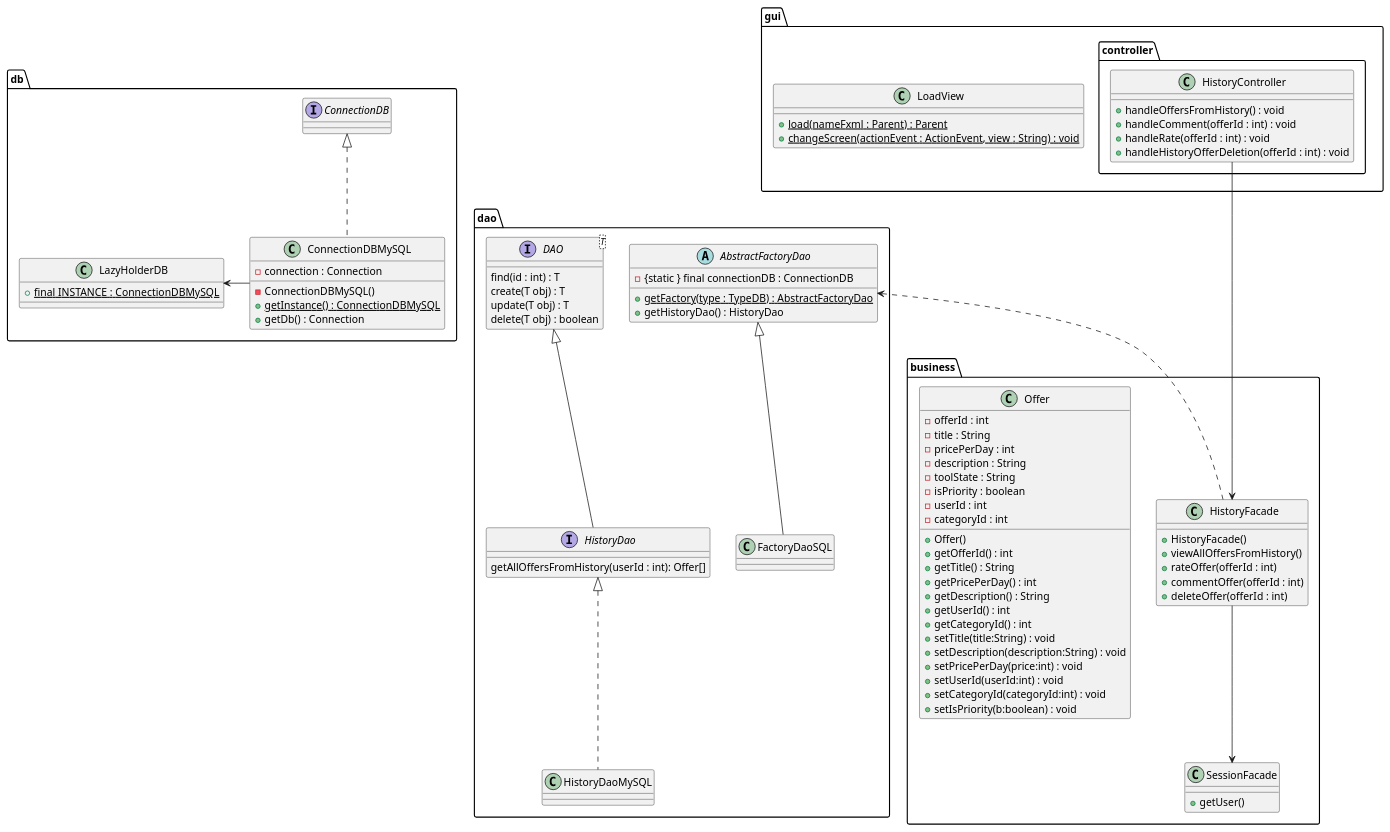
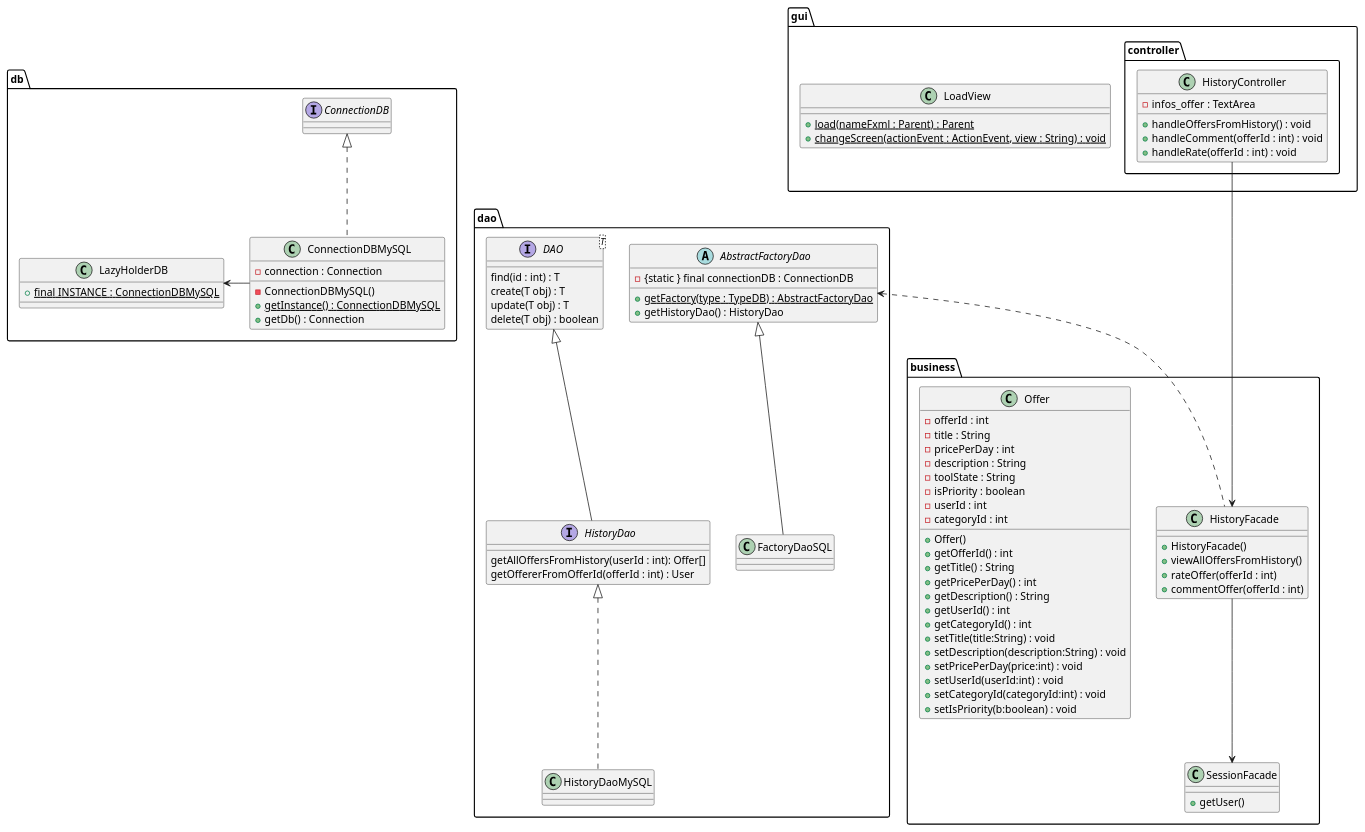
The diagram in documents/diagram/history/historyClass.puml (LaunoisRemy/ToolShare), drawn with PlantUML before and after one commit.

Commit message:
UPDATE : controllers in history class diagram with

```diff
--- a/documents/diagram/history/historyClass.puml
+++ b/documents/diagram/history/historyClass.puml
@@ -1,109 +1,109 @@
 @startuml
 
 package dao {
 
 
     interface HistoryDao{
         getAllOffersFromHistory(userId : int): Offer[]
+        getOffererFromOfferId(offerId : int) : User
     }
     class HistoryDaoMySQL
     AbstractFactoryDao <|-- FactoryDaoSQL
     HistoryDao <|.. HistoryDaoMySQL
 
     interface DAO<T>{
         find(id : int) : T
         create(T obj) : T
         update(T obj) : T
         delete(T obj) : boolean
     }
 
     abstract AbstractFactoryDao{
         - {static } final connectionDB : ConnectionDB
         + {static} getFactory(type : TypeDB) : AbstractFactoryDao
         + getHistoryDao() : HistoryDao
     }
 
     class FactoryDaoSQL{
     }
 
 
     DAO <|-- HistoryDao
 }
 package db{
     class ConnectionDBMySQL{
         - connection : Connection
         - ConnectionDBMySQL()
         + {static} getInstance() : ConnectionDBMySQL
         + getDb() : Connection
     }
 
     class LazyHolderDB{
         + {static} final INSTANCE : ConnectionDBMySQL
     }
     interface ConnectionDB
     ConnectionDBMySQL -Left-> LazyHolderDB
     ConnectionDBMySQL .up.|> ConnectionDB
 
 }
 package business{
     class SessionFacade{
             + getUser()
         }
 
     class HistoryFacade{
         + HistoryFacade()
         + viewAllOffersFromHistory()
         + rateOffer(offerId : int)
         + commentOffer(offerId : int)
-        + deleteOffer(offerId : int)
     }
 
     class Offer{
         -offerId : int
         -title : String
         -pricePerDay : int
         -description : String
         -toolState : String
         -isPriority : boolean
         -userId : int
         -categoryId : int
         + Offer()
         + getOfferId() : int
         + getTitle() : String
         + getPricePerDay() : int
         + getDescription() : String
         + getUserId() : int
         + getCategoryId() : int
         + setTitle(title:String) : void
         + setDescription(description:String) : void
         + setPricePerDay(price:int) : void
         + setUserId(userId:int) : void
         + setCategoryId(categoryId:int) : void
         + setIsPriority(b:boolean) : void
     }
     HistoryFacade --> SessionFacade
 
 }
 
 package gui{
 
     class LoadView{
         + {static} load(nameFxml : Parent) : Parent
         + {static} changeScreen(actionEvent : ActionEvent, view : String) : void
     }
 
     package controller{
         class HistoryController{
+            - infos_offer : TextArea
             + handleOffersFromHistory() : void
             + handleComment(offerId : int) : void
             + handleRate(offerId : int) : void
-            + handleHistoryOfferDeletion(offerId : int) : void
         }
     }
 }
 HistoryFacade <--Up- HistoryController
 HistoryFacade .Up.> AbstractFactoryDao
 
 
 
 @enduml
```
